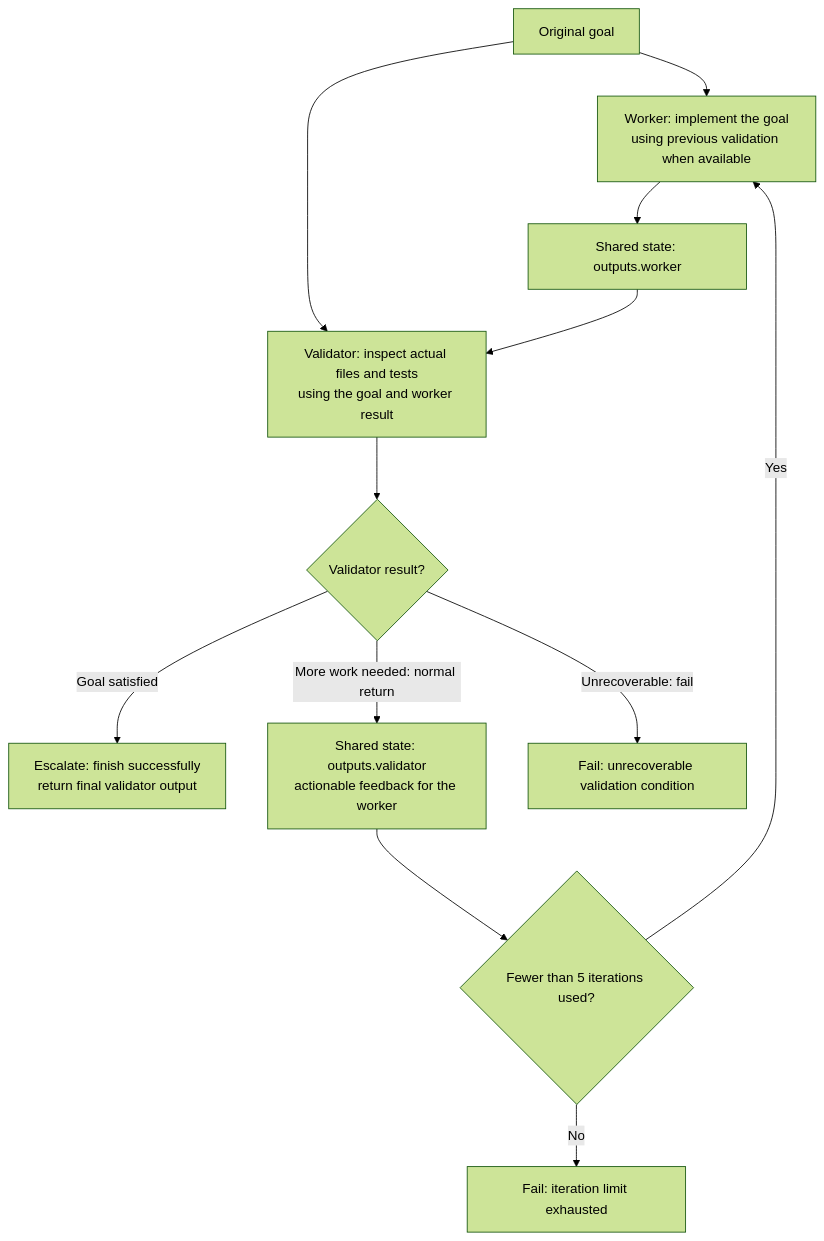
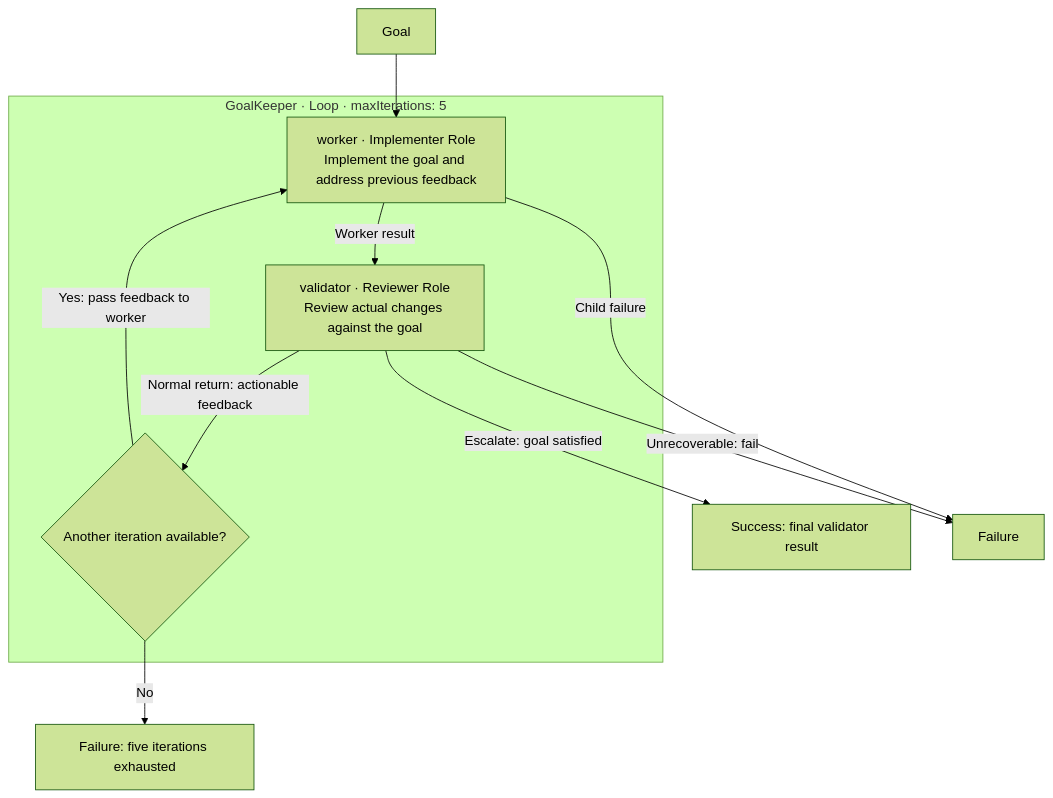
The diagram in examples/goalkeeper/README.md (baldaworks/callee), drawn with Mermaid (forest theme) before and after one commit. The commit also changed other lines of this file, not shown here.

Commit message:
docs(goalkeeper): diagram workflow execution

````diff
--- a/examples/goalkeeper/README.md
+++ b/examples/goalkeeper/README.md
@@ -97,23 +10,17 @@
 ```mermaid
 flowchart TB
-    goal["Original goal"]
-    worker["Worker: implement the goal<br/>using previous validation when available"]
-    workerResult["Shared state: outputs.worker"]
-    validator["Validator: inspect actual files and tests<br/>using the goal and worker result"]
-    decision{"Validator result?"}
-    accepted["Escalate: finish successfully<br/>return final validator output"]
-    feedback["Shared state: outputs.validator<br/>actionable feedback for the worker"]
-    remaining{"Fewer than 5 iterations used?"}
-    exhausted["Fail: iteration limit exhausted"]
-    failed["Fail: unrecoverable validation condition"]
-
+    goal["Goal"]
+    subgraph loop["GoalKeeper · Loop · maxIterations: 5"]
+        worker["worker · Implementer Role<br/>Implement the goal and address previous feedback"]
+        validator["validator · Reviewer Role<br/>Review actual changes against the goal"]
+        retry{"Another iteration available?"}
+        worker -->|"Worker result"| validator
+        validator -->|"Normal return: actionable feedback"| retry
+        retry -->|"Yes: pass feedback to worker"| worker
+    end
     goal --> worker
-    goal --> validator
-    worker --> workerResult --> validator --> decision
-    decision -->|"Goal satisfied"| accepted
-    decision -->|"More work needed: normal return"| feedback
-    feedback --> remaining
-    remaining -->|"Yes"| worker
-    remaining -->|"No"| exhausted
-    decision -->|"Unrecoverable: fail"| failed
+    validator -->|"Escalate: goal satisfied"| success["Success: final validator result"]
+    retry -->|"No"| exhausted["Failure: five iterations exhausted"]
+    worker -->|"Child failure"| failure["Failure"]
+    validator -->|"Unrecoverable: fail"| failure
 ```
````
